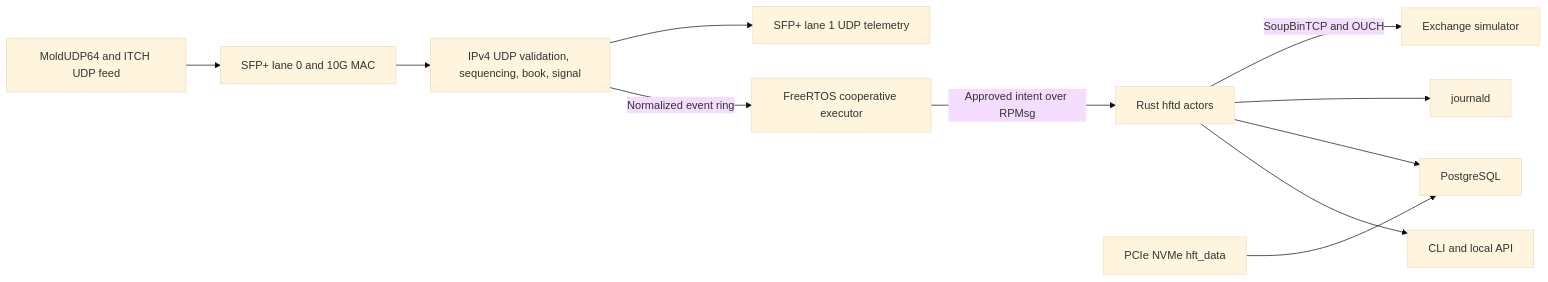
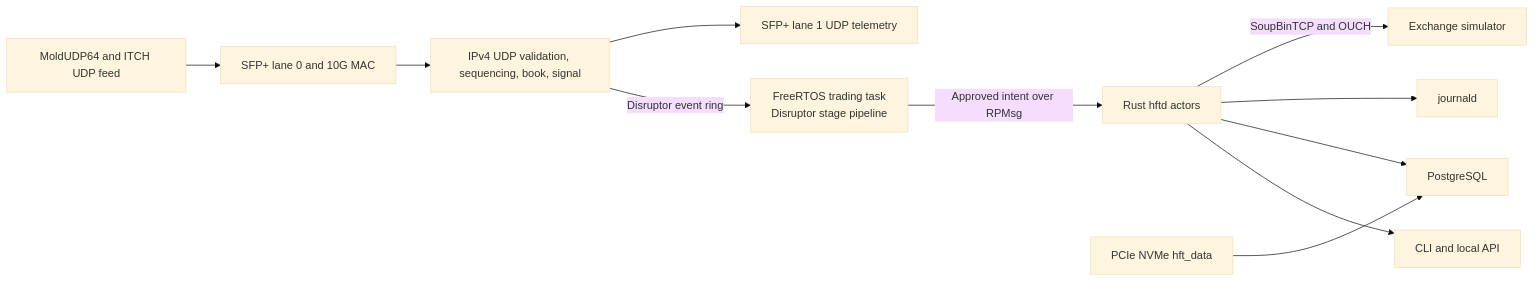
Before and after one commit to ps-chong/hft-toy-project: the diagram in docs/architecture/diagrams/overview-1.mmd, drawn with Mermaid (base theme). The commit also changed 74 other files, not shown here.

First line of the commit message:
docs: README with figures, workflow guides and refreshed architecture

```diff
--- a/docs/architecture/diagrams/overview-1.mmd
+++ b/docs/architecture/diagrams/overview-1.mmd
@@ -1,11 +1,11 @@
 flowchart LR
     Feed["MoldUDP64 and ITCH UDP feed"] --> Rx["SFP+ lane 0 and 10G MAC"]
     Rx --> PL["IPv4 UDP validation, sequencing, book, signal"]
     PL --> Tx["SFP+ lane 1 UDP telemetry"]
-    PL -->|Normalized event ring| R5["FreeRTOS cooperative executor"]
+    PL -->|Disruptor event ring| R5["FreeRTOS trading task<br/>Disruptor stage pipeline"]
     R5 -->|Approved intent over RPMsg| A53["Rust hftd actors"]
     A53 -->|SoupBinTCP and OUCH| Exchange["Exchange simulator"]
     A53 --> Journal["journald"]
     Nvme["PCIe NVMe hft_data"] --> Postgres["PostgreSQL"]
     A53 --> Postgres
     A53 --> Api["CLI and local API"]
```
